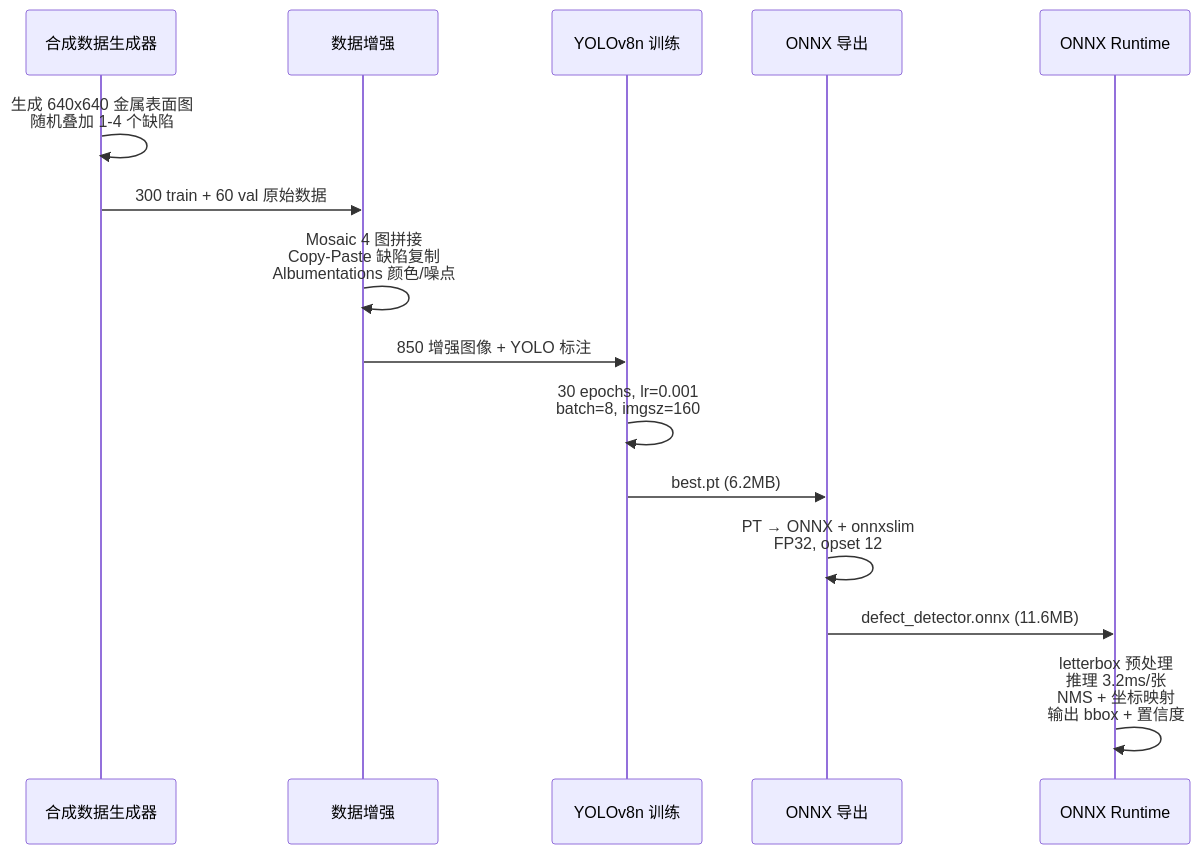
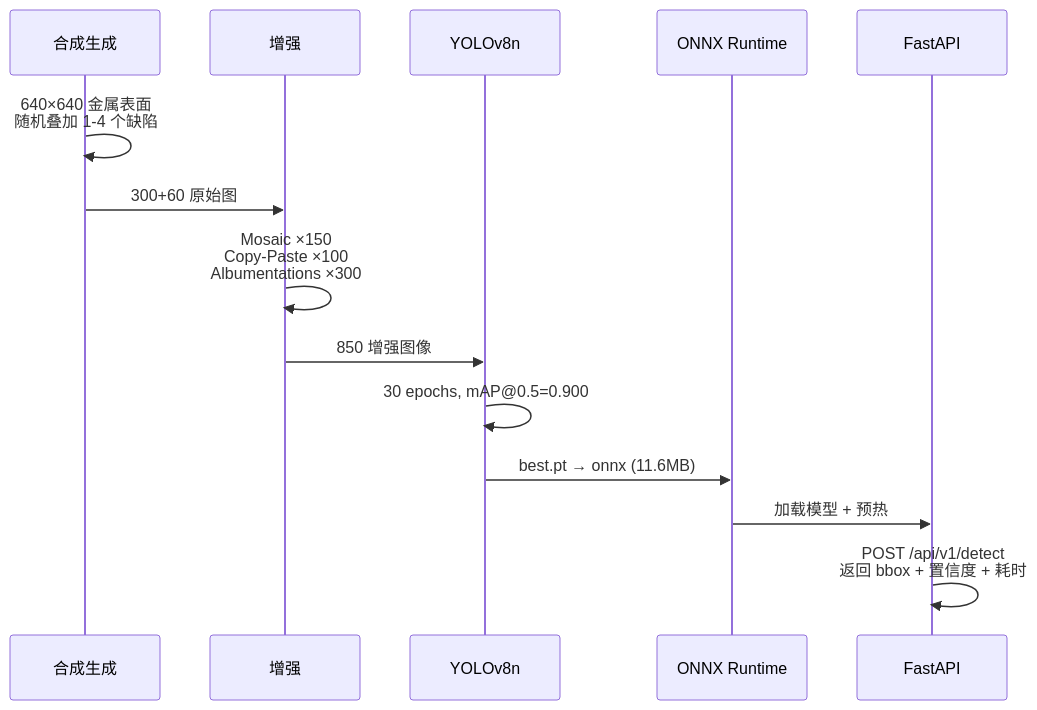
Before and after one commit to Lynn051211/industrial-defect-detection: the second of 2 diagrams in README.md, drawn with Mermaid. The commit also changed other lines of this file, not shown here.

Commit message:
docs: 更新 README（模型指标 + API 文档 + 企业级架构）

````diff
--- a/README.md
+++ b/README.md
@@ -48,18 +63,17 @@
 ```mermaid
 sequenceDiagram
-    participant GEN as 合成数据生成器
-    participant AUG as 数据增强
-    participant TRAIN as YOLOv8n 训练
-    participant EXP as ONNX 导出
-    participant INF as ONNX Runtime
+    participant GEN as 合成生成
+    participant AUG as 增强
+    participant TRAIN as YOLOv8n
+    participant ONNX as ONNX Runtime
+    participant API as FastAPI
 
-    GEN->>GEN: 生成 640x640 金属表面图<br/>随机叠加 1-4 个缺陷
-    GEN->>AUG: 300 train + 60 val 原始数据
-    AUG->>AUG: Mosaic 4 图拼接<br/>Copy-Paste 缺陷复制<br/>Albumentations 颜色/噪点
-    AUG->>TRAIN: 850 增强图像 + YOLO 标注
-    TRAIN->>TRAIN: 30 epochs, lr=0.001<br/>batch=8, imgsz=160
-    TRAIN->>EXP: best.pt (6.2MB)
-    EXP->>EXP: PT → ONNX + onnxslim<br/>FP32, opset 12
-    EXP->>INF: defect_detector.onnx (11.6MB)
-    INF->>INF: letterbox 预处理<br/>推理 3.2ms/张<br/>NMS + 坐标映射<br/>输出 bbox + 置信度
+    GEN->>GEN: 640×640 金属表面<br/>随机叠加 1-4 个缺陷
+    GEN->>AUG: 300+60 原始图
+    AUG->>AUG: Mosaic ×150<br/>Copy-Paste ×100<br/>Albumentations ×300
+    AUG->>TRAIN: 850 增强图像
+    TRAIN->>TRAIN: 30 epochs, mAP@0.5=0.900
+    TRAIN->>ONNX: best.pt → onnx (11.6MB)
+    ONNX->>API: 加载模型 + 预热
+    API->>API: POST /api/v1/detect<br/>返回 bbox + 置信度 + 耗时
 ```
````
